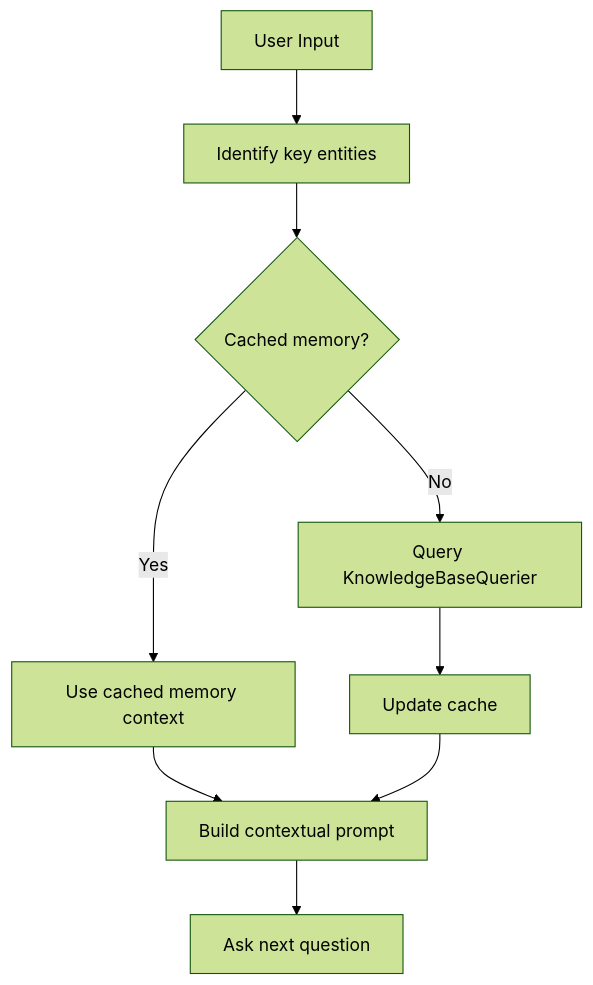
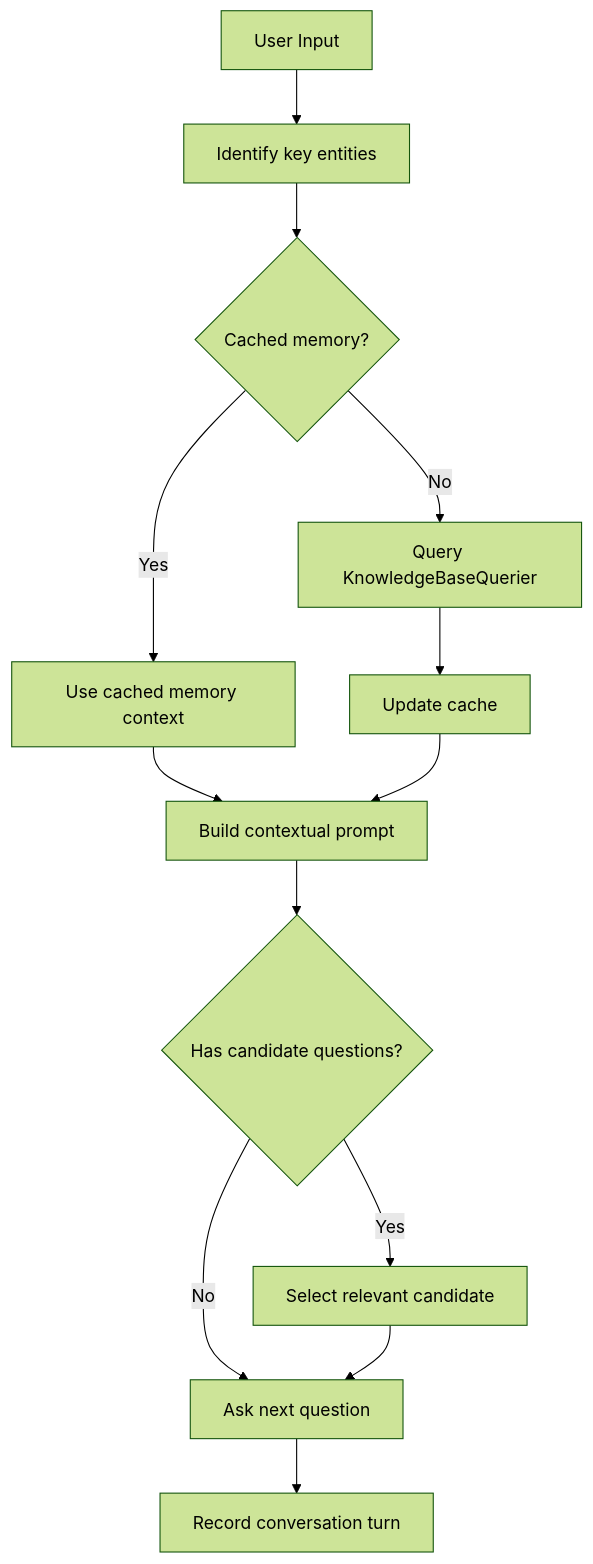
Before and after one commit to WangYiKai1017/zizuan: the fifth of 9 diagrams in .qoder/repowiki/en/content/AI Services/Question Generator.md, drawn with Mermaid (forest theme). The commit also changed other lines of this file and 31 other files, not shown here.

````diff
--- a/.qoder/repowiki/en/content/AI Services/Question Generator.md
+++ b/.qoder/repowiki/en/content/AI Services/Question Generator.md
@@ -268,11 +342,15 @@
 ```mermaid
 flowchart TD
 Input["User Input"] --> Identify["Identify key entities"]
 Identify --> CacheCheck{"Cached memory?"}
 CacheCheck --> |Yes| UseCache["Use cached memory context"]
 CacheCheck --> |No| QueryKB["Query KnowledgeBaseQuerier"]
 QueryKB --> CacheUpdate["Update cache"]
 UseCache --> BuildPrompt["Build contextual prompt"]
 CacheUpdate --> BuildPrompt
-BuildPrompt --> Ask["Ask next question"]
+BuildPrompt --> CandidateCheck{"Has candidate questions?"}
+CandidateCheck --> |Yes| CandidateSelection["Select relevant candidate"]
+CandidateCheck --> |No| Ask["Ask next question"]
+CandidateSelection --> Ask
+Ask --> Record["Record conversation turn"]
 ```
````
